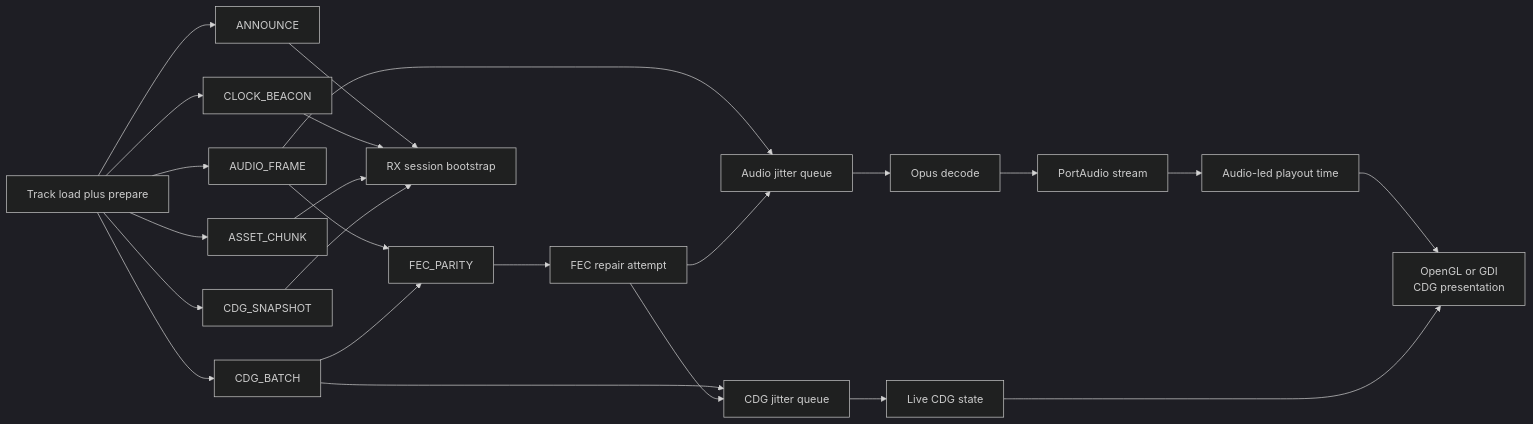
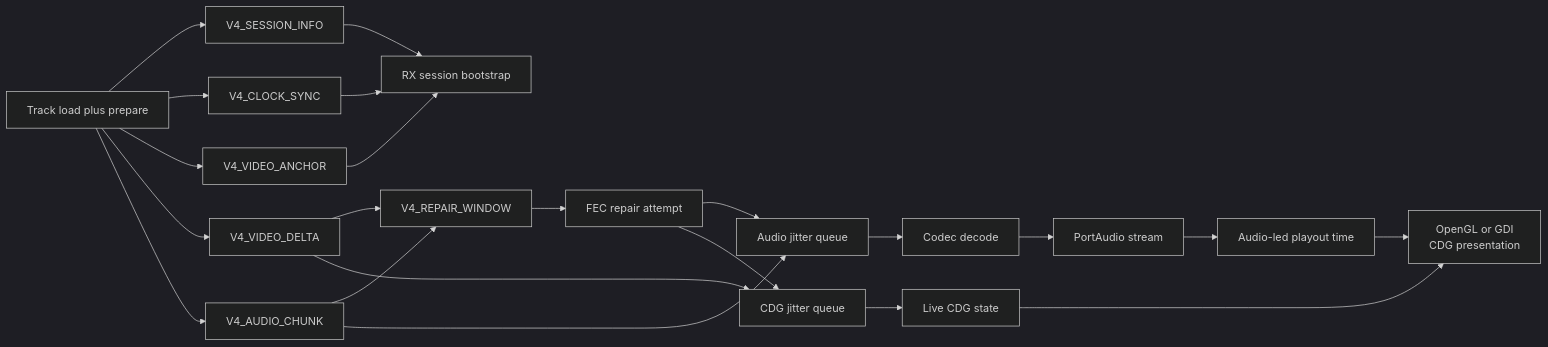
The second of 2 diagrams in docs/architecture/desktop-streaming.md (andrew867/dashcdg), drawn with Mermaid (dark theme) before and after one commit. The commit also changed other lines of this file and 92 other files, not shown here.

````diff
--- a/docs/architecture/desktop-streaming.md
+++ b/docs/architecture/desktop-streaming.md
@@ -38,26 +38,24 @@
 ```mermaid
 flowchart LR
-    prep[Track load plus prepare] --> announce[ANNOUNCE]
-    prep --> beacon[CLOCK_BEACON]
-    prep --> chunks[ASSET_CHUNK]
-    prep --> af[AUDIO_FRAME]
-    prep --> cdg[CDG_BATCH]
-    prep --> snap[CDG_SNAPSHOT]
-    af --> fec[FEC_PARITY]
-    cdg --> fec
-    announce --> rxstate[RX session bootstrap]
-    beacon --> rxstate
-    chunks --> rxstate
-    snap --> rxstate
-    af --> jitter[Audio jitter queue]
-    cdg --> jitter2[CDG jitter queue]
-    fec --> repair[FEC repair attempt]
+    prep[Track load plus prepare] --> v4meta[V4_SESSION_INFO]
+    prep --> v4clock[V4_CLOCK_SYNC]
+    prep --> va[V4_VIDEO_ANCHOR]
+    prep --> vd[V4_VIDEO_DELTA]
+    prep --> ac[V4_AUDIO_CHUNK]
+    vd --> rw[V4_REPAIR_WINDOW]
+    ac --> rw
+    v4meta --> rxstate[RX session bootstrap]
+    v4clock --> rxstate
+    va --> rxstate
+    ac --> jitter[Audio jitter queue]
+    vd --> jitter2[CDG jitter queue]
+    rw --> repair[FEC repair attempt]
     repair --> jitter
     repair --> jitter2
-    jitter --> decode[Opus decode]
+    jitter --> decode[Codec decode]
     decode --> pa[PortAudio stream]
     jitter2 --> live[Live CDG state]
     pa --> sync[Audio-led playout time]
     sync --> render[OpenGL or GDI<br/>CDG presentation]
     live --> render
 ```
````
